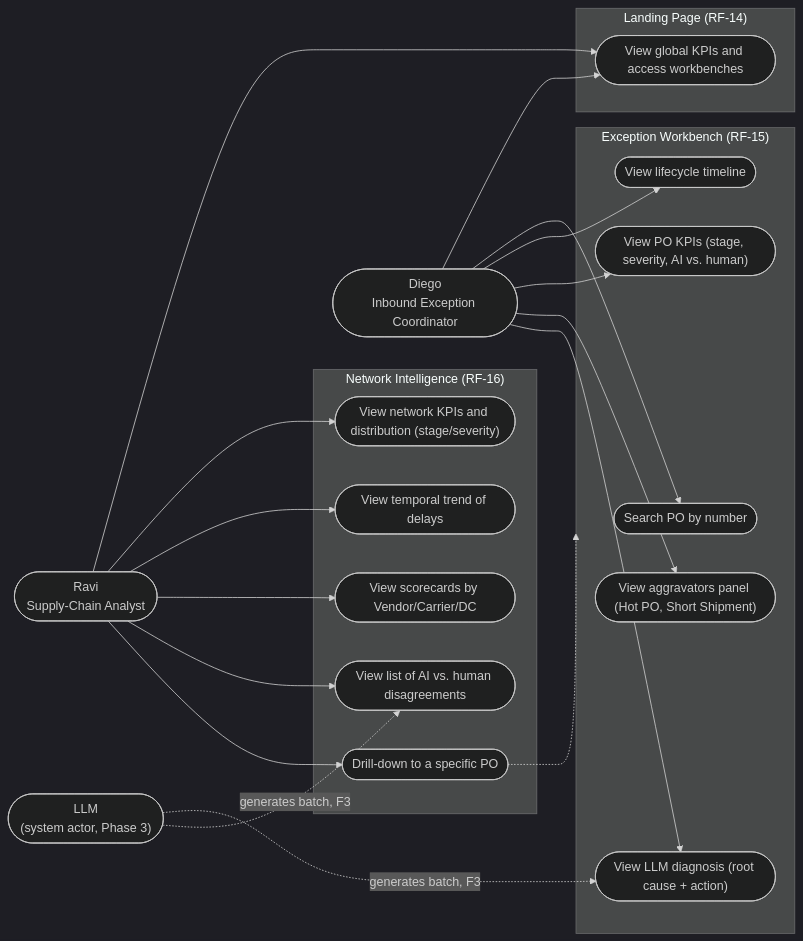
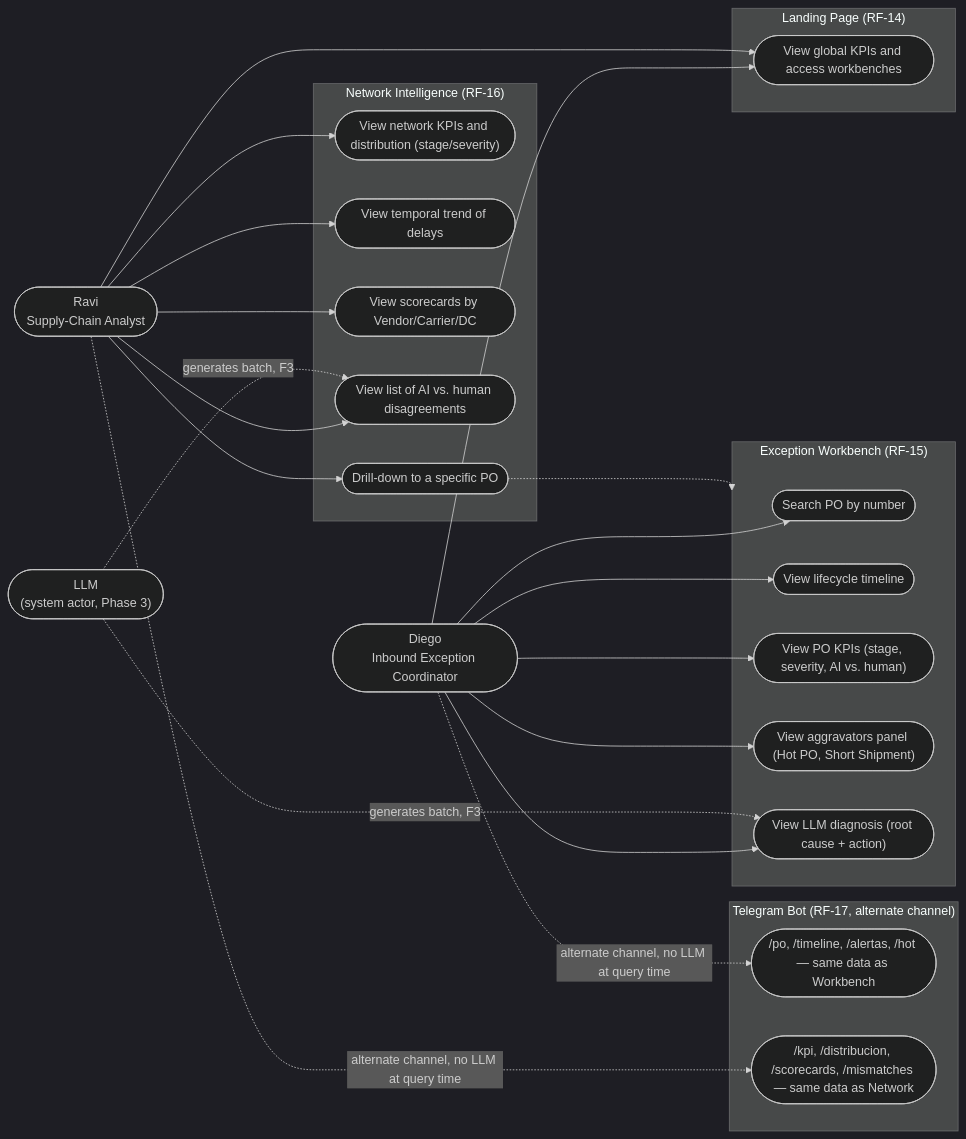
Before and after one commit to CCMarv/po-delay-analyzer: the first of 2 diagrams in documentation/SRS.en.md, drawn with Mermaid (dark theme). The commit also changed other lines of this file and 1 other file, not shown here.

First line of the commit message:
docs(SRS): agrega el bot de Telegram como RF-17 y corrige RF-14-16

````diff
--- a/documentation/SRS.en.md
+++ b/documentation/SRS.en.md
@@ -124,44 +129,52 @@
 ```mermaid
 flowchart LR
     Diego(["Diego\nInbound Exception Coordinator"])
     Ravi(["Ravi\nSupply-Chain Analyst"])
     LLM(["LLM\n(system actor, Phase 3)"])
 
     subgraph Landing["Landing Page (RF-14)"]
         UC0(["View global KPIs and access workbenches"])
     end
 
     subgraph Workbench["Exception Workbench (RF-15)"]
         UC1(["Search PO by number"])
         UC2(["View lifecycle timeline"])
         UC3(["View PO KPIs (stage, severity, AI vs. human)"])
         UC4(["View aggravators panel (Hot PO, Short Shipment)"])
         UC5(["View LLM diagnosis (root cause + action)"])
     end
 
     subgraph Network["Network Intelligence (RF-16)"]
         UC6(["View network KPIs and distribution (stage/severity)"])
         UC7(["View temporal trend of delays"])
         UC8(["View scorecards by Vendor/Carrier/DC"])
         UC9(["View list of AI vs. human disagreements"])
         UC10(["Drill-down to a specific PO"])
     end
 
     Diego --> UC0
     Diego --> UC1
     Diego --> UC2
     Diego --> UC3
     Diego --> UC4
     Diego --> UC5
 
     Ravi --> UC0
     Ravi --> UC6
     Ravi --> UC7
     Ravi --> UC8
     Ravi --> UC9
     Ravi --> UC10
     UC10 -.-> Workbench
 
     LLM -.->|generates batch, F3| UC5
     LLM -.->|generates batch, F3| UC9
+
+    subgraph Bot["Telegram Bot (RF-17, alternate channel)"]
+        UC11(["/po, /timeline, /alertas, /hot — same data as Workbench"])
+        UC12(["/kpi, /distribucion, /scorecards, /mismatches — same data as Network"])
+    end
+
+    Diego -.->|alternate channel, no LLM at query time| UC11
+    Ravi -.->|alternate channel, no LLM at query time| UC12
 ```
````
